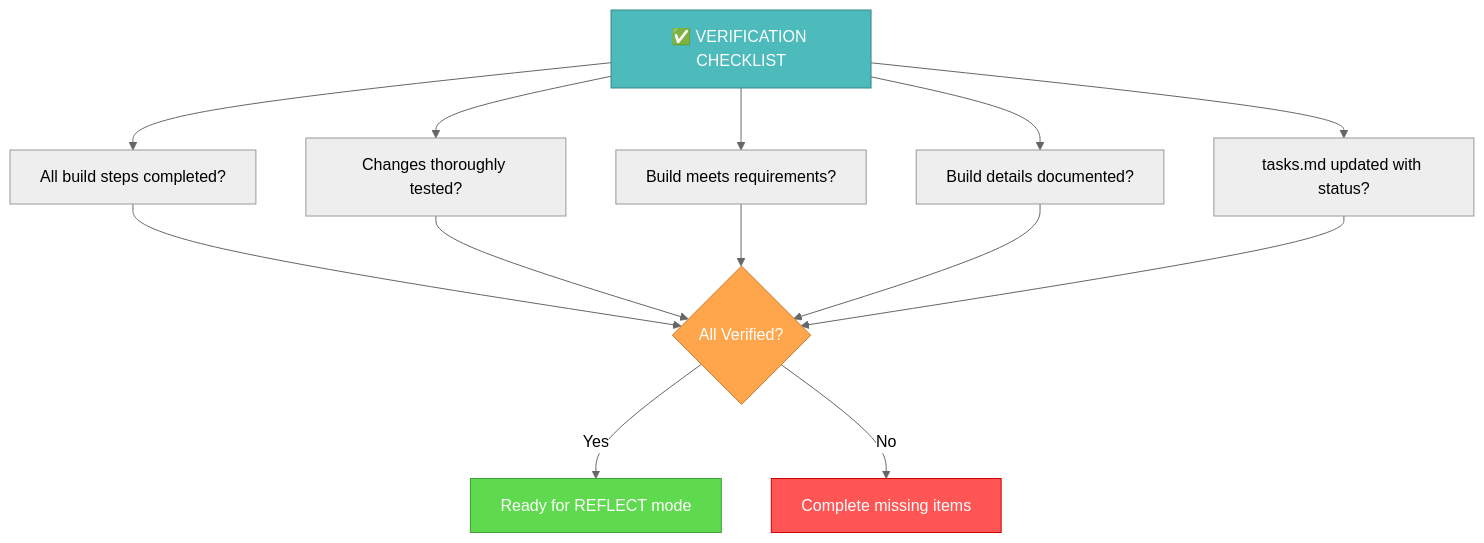
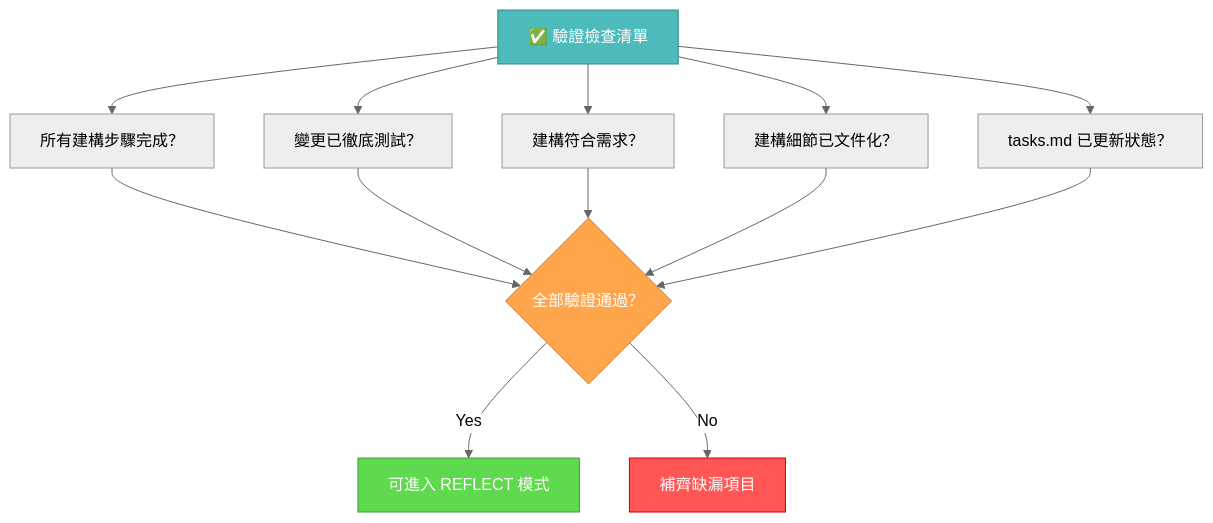
Before and after one commit to chenjackle45/cursor-memory-bank-chinese: the sixth of 6 diagrams in 中文化/custom_modes/implement_instructions.md, drawn with Mermaid (neutral theme). The commit also changed other lines of this file and 5 other files, not shown here.

Commit message:
Translate and update documentation for Reflect+Archive and VAN modes to enhance clarity and accessibility for users. Adjusted flowcharts and verification checklists to reflect changes in the development process.

````diff
--- a/中文化/custom_modes/implement_instructions.md
+++ b/中文化/custom_modes/implement_instructions.md
@@ -224,17 +231,17 @@
 ```mermaid
 graph TD
-    V["✅ VERIFICATION CHECKLIST"] --> I["All build steps completed?"]
-    V --> T["Changes thoroughly tested?"]
-    V --> R["Build meets requirements?"]
-    V --> D["Build details documented?"]
-    V --> U["tasks.md updated with status?"]
-    
-    I & T & R & D & U --> Decision{"All Verified?"}
-    Decision -->|"Yes"| Complete["Ready for REFLECT mode"]
-    Decision -->|"No"| Fix["Complete missing items"]
-    
+    V["✅ 驗證檢查清單"] --> I["所有建構步驟完成？"]
+    V --> T["變更已徹底測試？"]
+    V --> R["建構符合需求？"]
+    V --> D["建構細節已文件化？"]
+    V --> U["tasks.md 已更新狀態？"]
+
+    I & T & R & D & U --> Decision{"全部驗證通過？"}
+    Decision -->|"Yes"| Complete["可進入 REFLECT 模式"]
+    Decision -->|"No"| Fix["補齊缺漏項目"]
+
     style V fill:#4dbbbb,stroke:#368787,color:white
     style Decision fill:#ffa64d,stroke:#cc7a30,color:white
     style Complete fill:#5fd94d,stroke:#3da336,color:white
     style Fix fill:#ff5555,stroke:#cc0000,color:white
 ```
````
